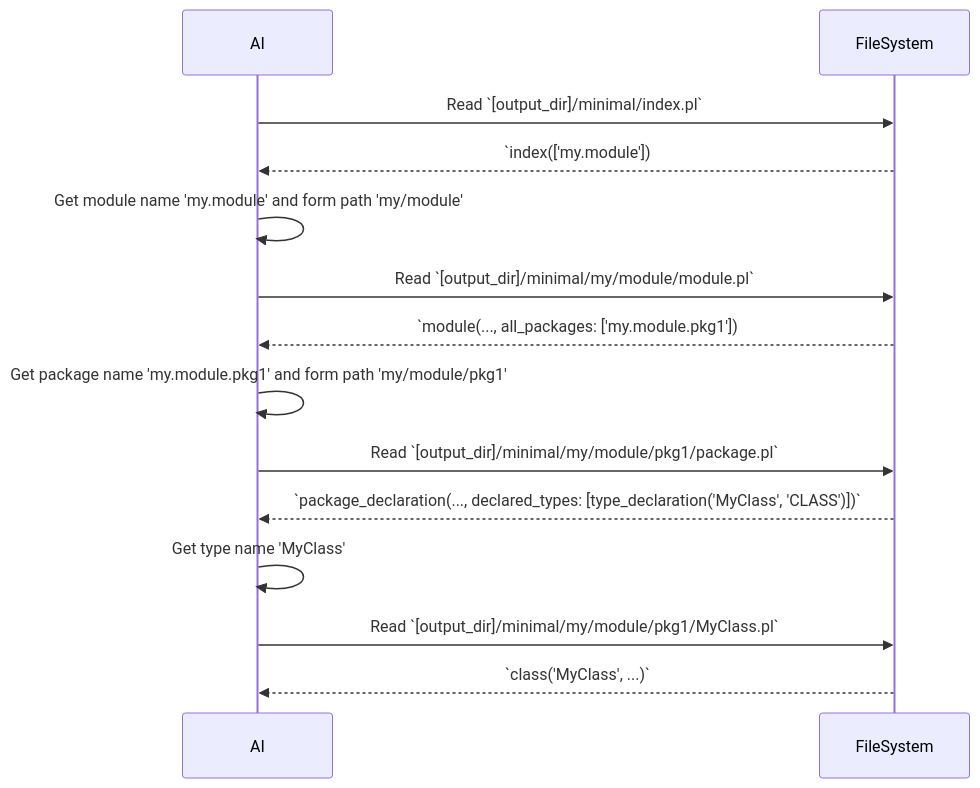
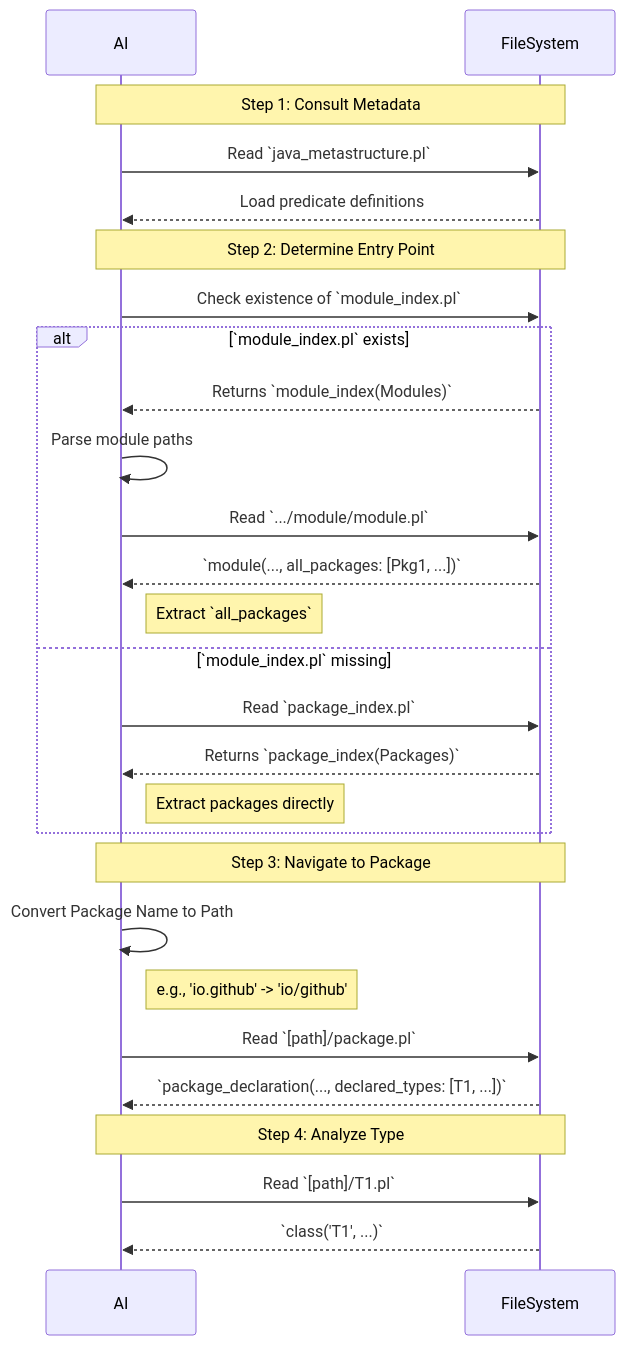
The diagram in src/main/resources/LLM_context.md (grimch/logidoclet), drawn with Mermaid before and after one commit. The commit also changed other lines of this file and 14 other files, not shown here.

````diff
--- a/src/main/resources/LLM_context.md
+++ b/src/main/resources/LLM_context.md
@@ -24,23 +45,35 @@
 ```mermaid
 sequenceDiagram
     participant AI
     participant FileSystem
 
-    AI->>FileSystem: Read `[output_dir]/minimal/index.pl`
-    FileSystem-->>AI: `index(['my.module'])
+    Note over AI, FileSystem: Step 1: Consult Metadata
+    AI->>FileSystem: Read `java_metastructure.pl`
+    FileSystem-->>AI: Load predicate definitions
 
-    AI->>AI: Get module name 'my.module' and form path 'my/module'
+    Note over AI, FileSystem: Step 2: Determine Entry Point
+    AI->>FileSystem: Check existence of `module_index.pl`
 
-    AI->>FileSystem: Read `[output_dir]/minimal/my/module/module.pl`
-    FileSystem-->>AI: `module(..., all_packages: ['my.module.pkg1'])
+    alt `module_index.pl` exists
+        FileSystem-->>AI: Returns `module_index(Modules)`
+        AI->>AI: Parse module paths
+        AI->>FileSystem: Read `.../module/module.pl`
+        FileSystem-->>AI: `module(..., all_packages: [Pkg1, ...])`
+        Note right of AI: Extract `all_packages`
+    else `module_index.pl` missing
+        AI->>FileSystem: Read `package_index.pl`
+        FileSystem-->>AI: Returns `package_index(Packages)`
+        Note right of AI: Extract packages directly
+    end
 
-    AI->>AI: Get package name 'my.module.pkg1' and form path 'my/module/pkg1'
+    Note over AI, FileSystem: Step 3: Navigate to Package
+    AI->>AI: Convert Package Name to Path
+    Note right of AI: e.g., 'io.github' -> 'io/github'
 
-    AI->>FileSystem: Read `[output_dir]/minimal/my/module/pkg1/package.pl`
-    FileSystem-->>AI: `package_declaration(..., declared_types: [type_declaration('MyClass', 'CLASS')])`
+    AI->>FileSystem: Read `[path]/package.pl`
+    FileSystem-->>AI: `package_declaration(..., declared_types: [T1, ...])`
 
-    AI->>AI: Get type name 'MyClass'
-
-    AI->>FileSystem: Read `[output_dir]/minimal/my/module/pkg1/MyClass.pl`
-    FileSystem-->>AI: `class('MyClass', ...)`
+    Note over AI, FileSystem: Step 4: Analyze Type
+    AI->>FileSystem: Read `[path]/T1.pl`
+    FileSystem-->>AI: `class('T1', ...)`
 ```
````
